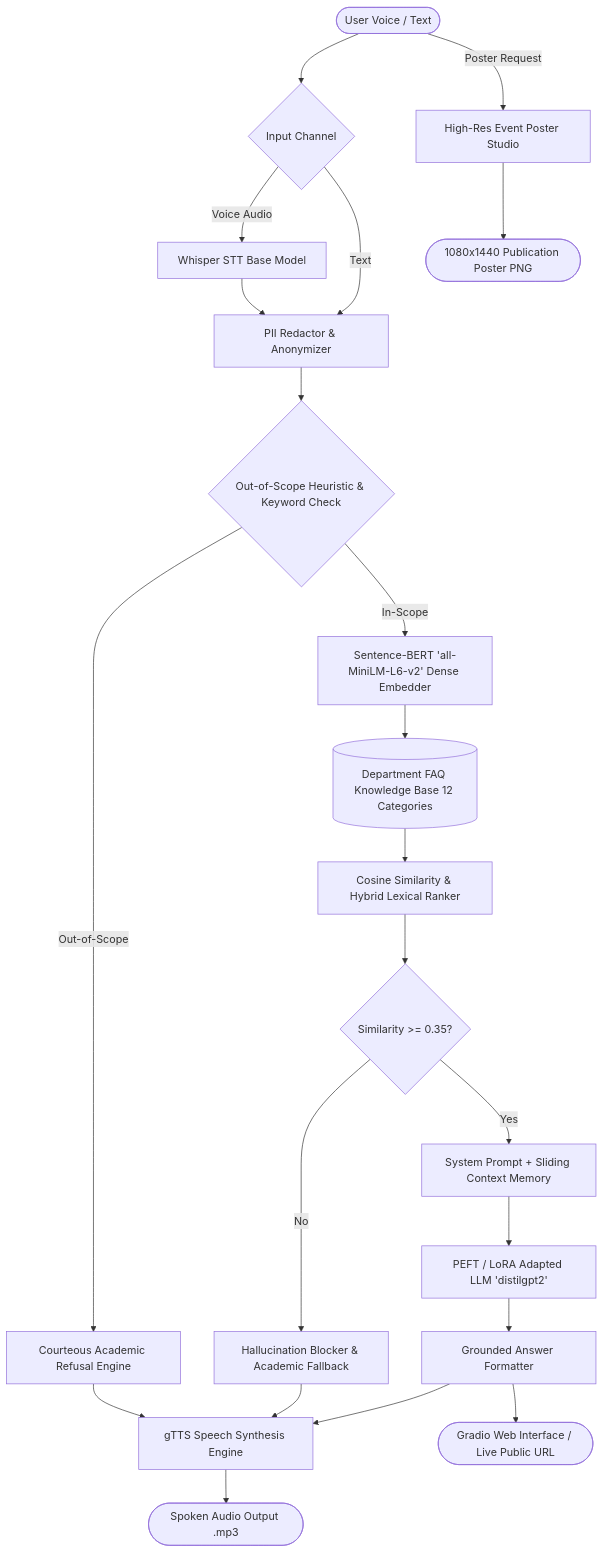
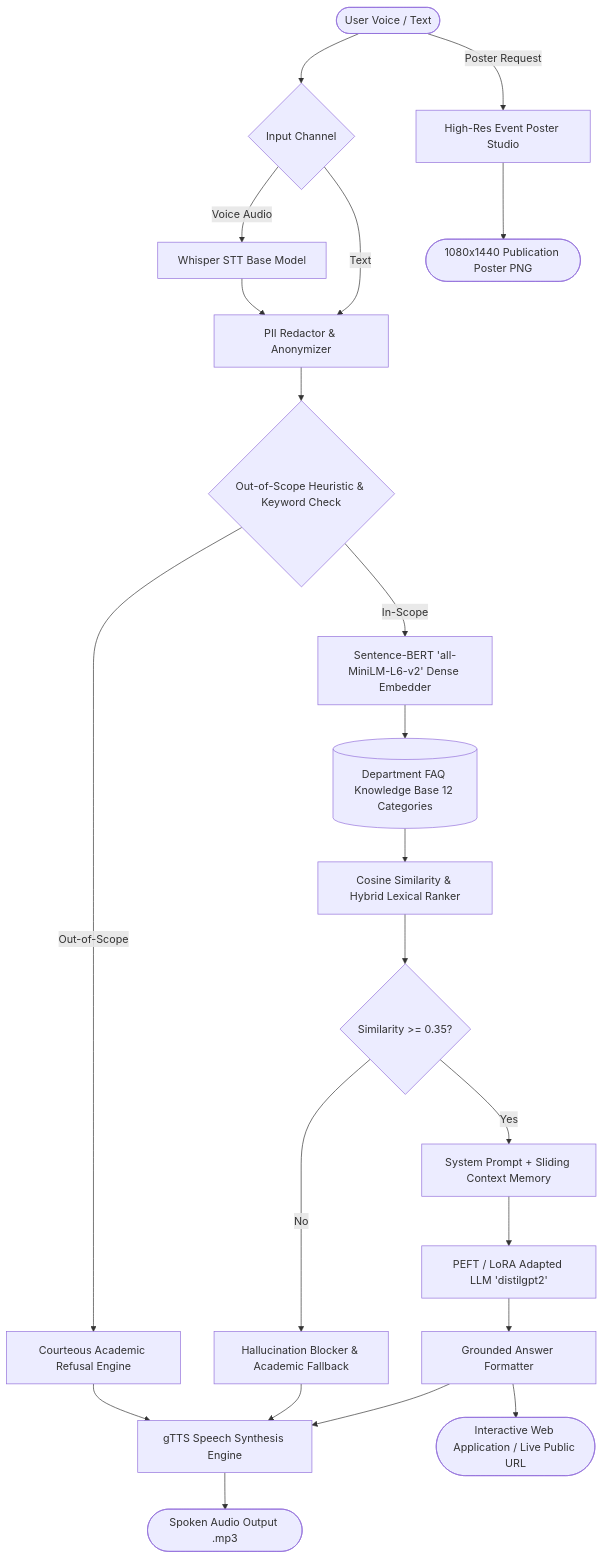
Before and after one commit to jeetdoesthings/FAQChatbot: the diagram in README.md, drawn with Mermaid. The commit also changed other lines of this file and 4 other files, not shown here.

````diff
--- a/README.md
+++ b/README.md
@@ -31,31 +31,31 @@
 ```mermaid
 flowchart TD
     User([User Voice / Text]) --> InputRouter{Input Channel}
     InputRouter -->|Voice Audio| STT[Whisper STT Base Model]
     InputRouter -->|Text| Guard1[PII Redactor & Anonymizer]
     STT --> Guard1
 
     Guard1 --> ScopeCheck{Out-of-Scope Heuristic & Keyword Check}
     ScopeCheck -->|Out-of-Scope| RefusalEngine[Courteous Academic Refusal Engine]
     
     ScopeCheck -->|In-Scope| RAG[Sentence-BERT 'all-MiniLM-L6-v2' Dense Embedder]
     RAG --> FAQKB[(Department FAQ Knowledge Base 12 Categories)]
     FAQKB --> CosineSim[Cosine Similarity & Hybrid Lexical Ranker]
     
     CosineSim --> ThresholdCheck{Similarity >= 0.35?}
     ThresholdCheck -->|No| UnsupportedBlock[Hallucination Blocker & Academic Fallback]
     ThresholdCheck -->|Yes| PromptAssembler[System Prompt + Sliding Context Memory]
     
     PromptAssembler --> LoRA[PEFT / LoRA Adapted LLM 'distilgpt2']
     LoRA --> AnswerFormatter[Grounded Answer Formatter]
     
     AnswerFormatter --> TTS[gTTS Speech Synthesis Engine]
     UnsupportedBlock --> TTS
     RefusalEngine --> TTS
     
     TTS --> VoiceOut([Spoken Audio Output .mp3])
-    AnswerFormatter --> UI([Gradio Web Interface / Live Public URL])
+    AnswerFormatter --> UI([Interactive Web Application / Live Public URL])
     
     User -->|Poster Request| PosterEngine[High-Res Event Poster Studio]
     PosterEngine --> PosterOut([1080x1440 Publication Poster PNG])
 ```
````
